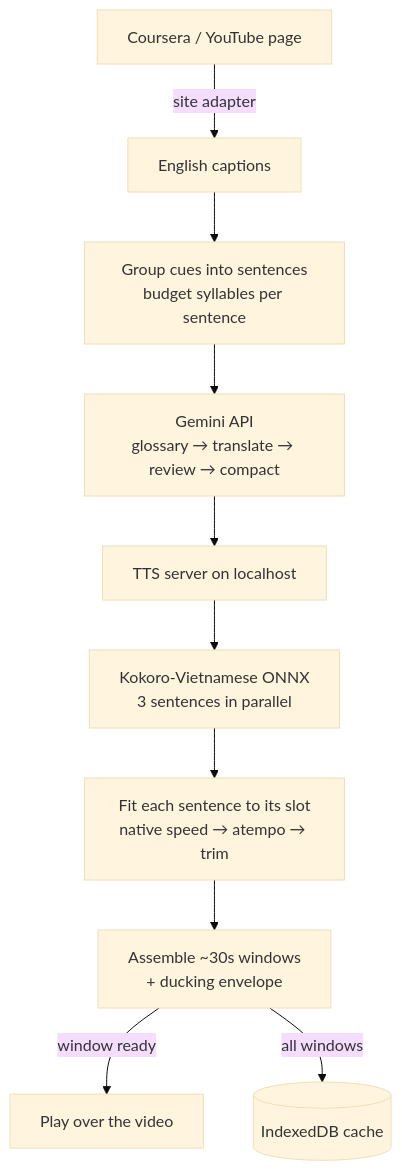
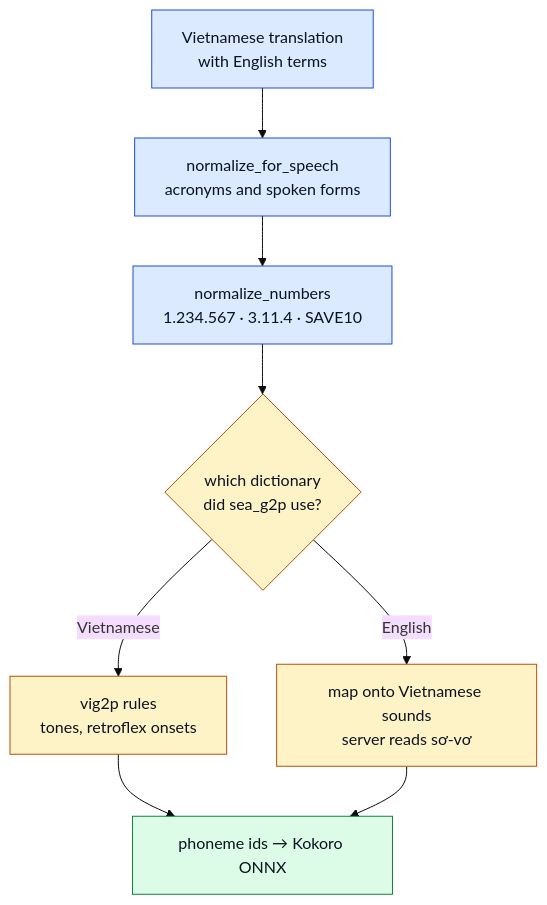
One commit to AIAI-Laboratory/ai-vietnamese-dubbing changed the fourth of 6 diagrams in README.md. Above: the diagram before and after it, drawn with Mermaid (base theme). The commit also changed other lines of this file and 4 other files, not shown here.

````diff
--- a/README.md
+++ b/README.md
@@ -42,12 +191,17 @@
 ```mermaid
 flowchart TD
-    A[Coursera / YouTube page] -->|site adapter| B[English captions]
-    B --> C[Group cues into sentences<br/>budget syllables per sentence]
-    C --> D[Gemini API<br/>glossary → translate → review → compact]
-    D --> E[TTS server on localhost]
-    E --> F[Kokoro-Vietnamese ONNX<br/>3 sentences in parallel]
-    F --> G[Fit each sentence to its slot<br/>native speed → atempo → trim]
-    G --> H[Assemble ~30s windows<br/>+ ducking envelope]
-    H -->|window ready| I[Play over the video]
-    H -->|all windows| J[(IndexedDB cache)]
+    A["Vietnamese translation<br/>with English terms"] --> B["normalize_for_speech<br/>acronyms and spoken forms"]
+    B --> C["normalize_numbers<br/>1.234.567 · 3.11.4 · SAVE10"]
+    C --> D{"which dictionary<br/>did sea_g2p use?"}
+    D -->|Vietnamese| E["vig2p rules<br/>tones, retroflex onsets"]
+    D -->|English| F["map onto Vietnamese sounds<br/>server reads sơ-vơ"]
+    E --> G["phoneme ids → Kokoro ONNX"]
+    F --> G
+
+    classDef prep fill:#dbeafe,stroke:#1d4ed8,color:#0b1220
+    classDef choice fill:#fef3c7,stroke:#b45309,color:#0b1220
+    classDef out fill:#dcfce7,stroke:#15803d,color:#0b1220
+    class A,B,C prep
+    class D,E,F choice
+    class G out
 ```
````
